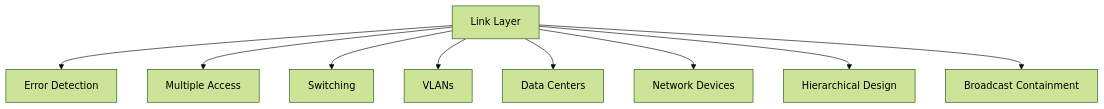
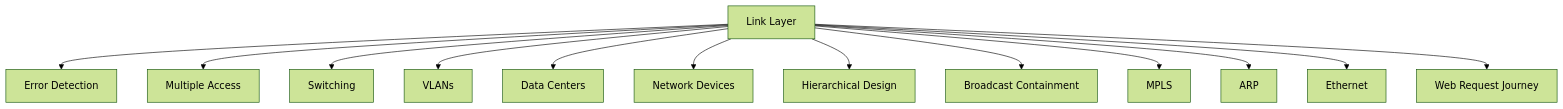
The diagram in ch6/6.8_Summary.md (Attash2312/cntheory), drawn with Mermaid (forest theme) before and after one commit. The commit also changed other lines of this file and 79 other files, not shown here.

````diff
--- a/ch6/6.8_Summary.md
+++ b/ch6/6.8_Summary.md
@@ -31,12 +63,16 @@
 ```mermaid
 graph TD
   A[Link Layer]
   A --> B[Error Detection]
   A --> C[Multiple Access]
   A --> D[Switching]
   A --> E[VLANs]
   A --> F[Data Centers]
   A --> G[Network Devices]
   A --> H[Hierarchical Design]
   A --> I[Broadcast Containment]
+  A --> J[MPLS]
+  A --> K[ARP]
+  A --> L[Ethernet]
+  A --> M[Web Request Journey]
 ```
````
